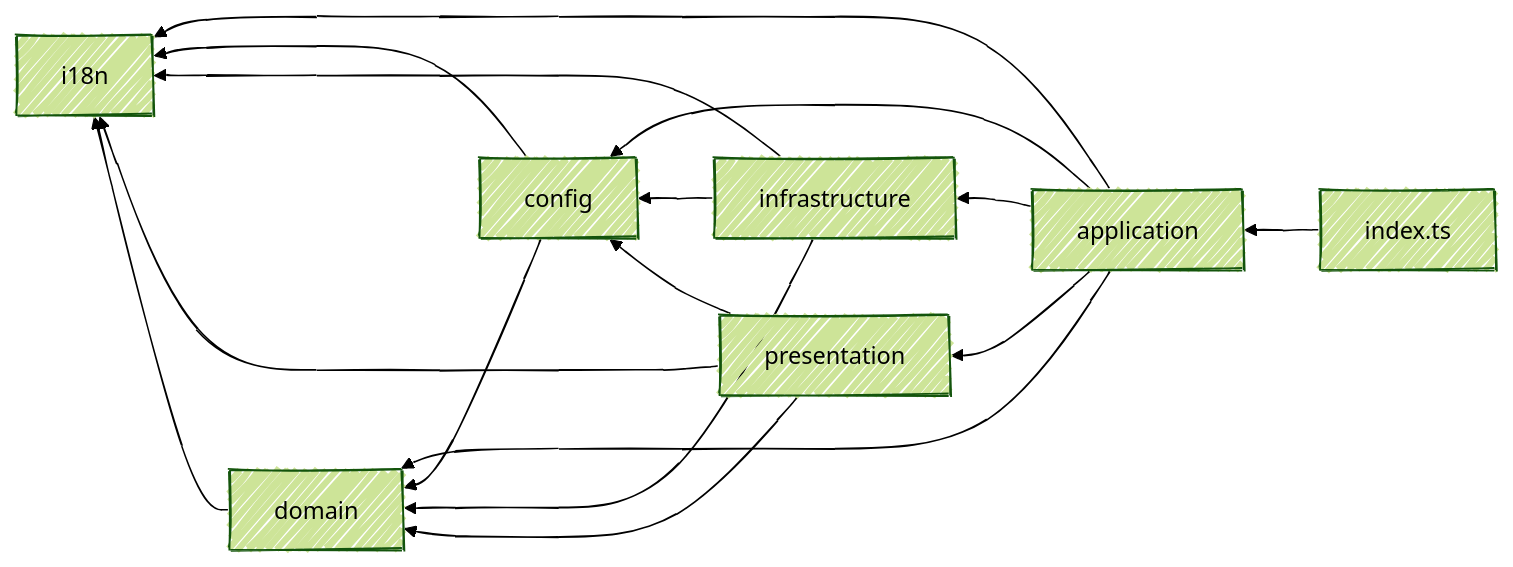
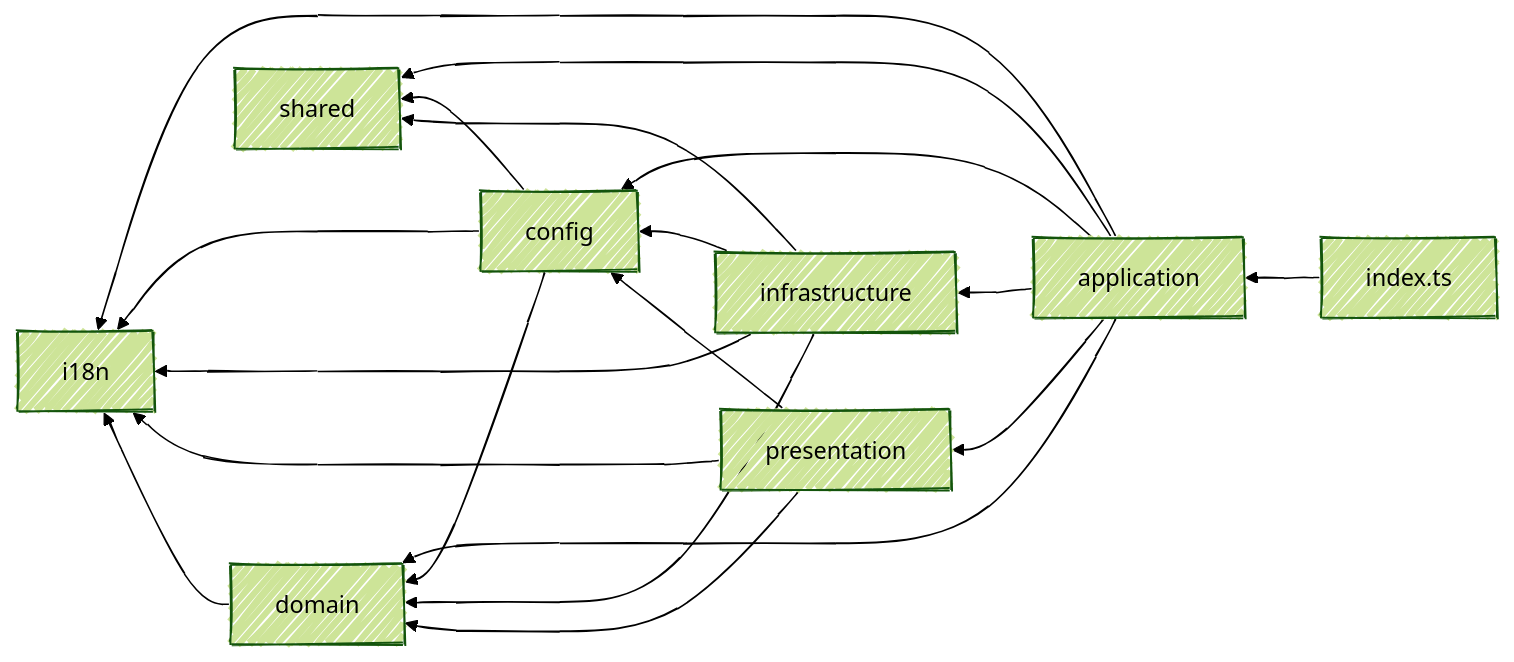
Before and after one commit to fbuireu/github-star-tracker: the diagram in docs/wiki/Architecture.md, drawn with Mermaid (forest theme). The commit also changed other lines of this file and 18 other files, not shown here.

````diff
--- a/docs/wiki/Architecture.md
+++ b/docs/wiki/Architecture.md
@@ -5,22 +5,25 @@
 ```mermaid
 ---
 config:
   look: handDrawn
 ---
 flowchart RL
     entry["index.ts"] --> application
     application --> config
     application --> domain
     application --> i18n
     application --> infrastructure
     application --> presentation
     config --> domain
     config --> i18n
     infrastructure --> config
     infrastructure --> domain
     infrastructure --> i18n
     presentation --> config
     presentation --> domain
     presentation --> i18n
     domain --> i18n
+    application --> shared
+    config --> shared
+    infrastructure --> shared
 ```
````
